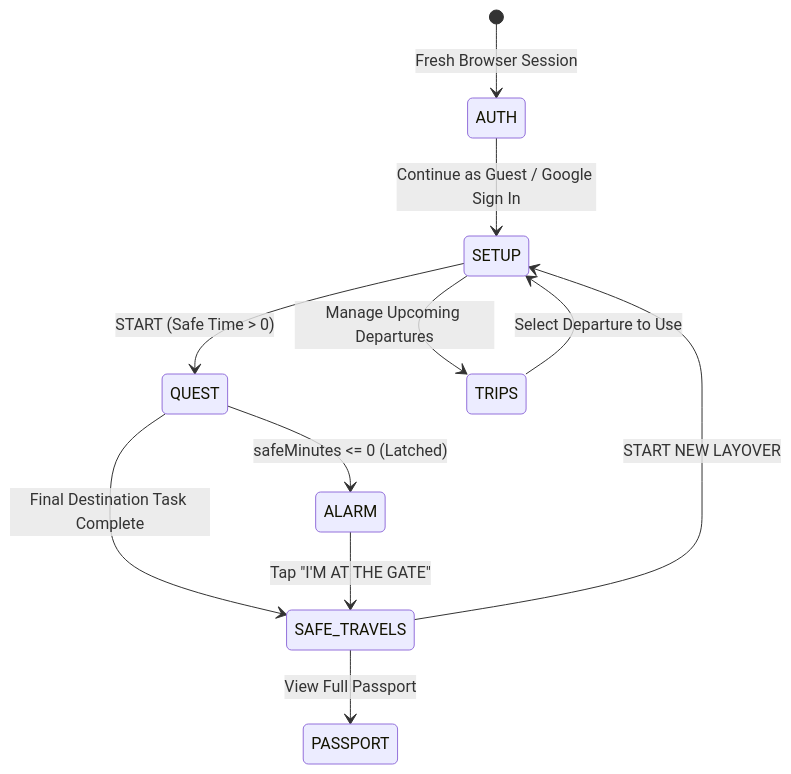
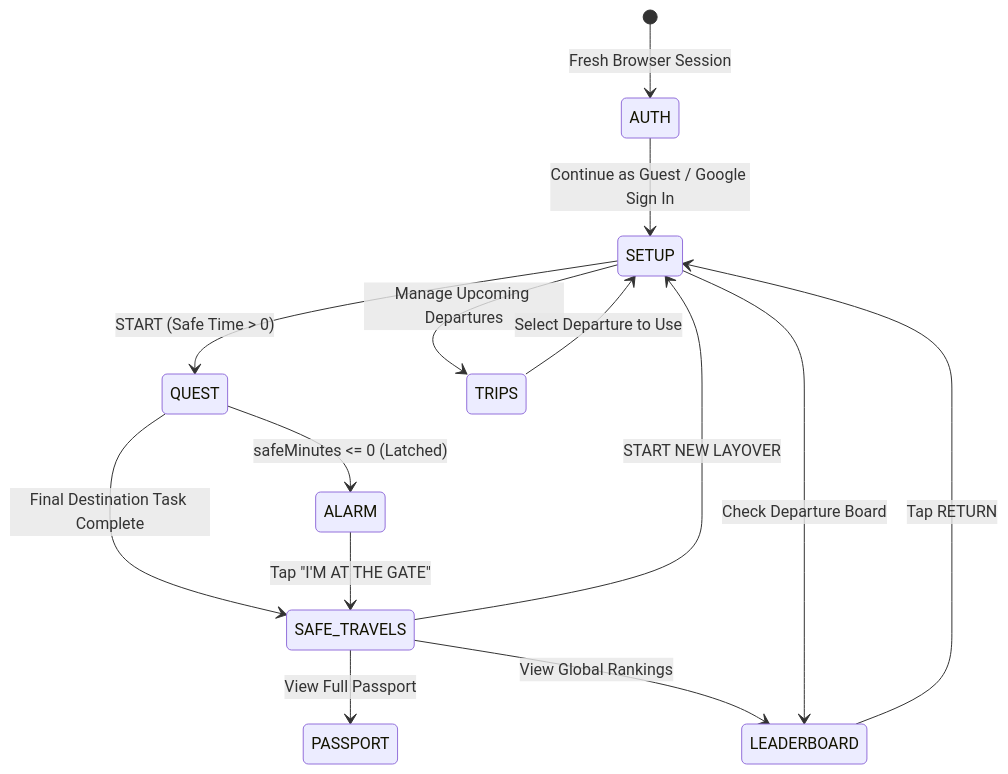
The second of 2 diagrams in docs/engineering/ARCHITECTURE.md (sidoxsinu/LayoverHackathon), drawn with Mermaid before and after one commit. The commit also changed other lines of this file and 23 other files, not shown here.

````diff
--- a/docs/engineering/ARCHITECTURE.md
+++ b/docs/engineering/ARCHITECTURE.md
@@ -50,13 +52,16 @@
 ```mermaid
 stateDiagram-v2
     [*] --> AUTH : Fresh Browser Session
     AUTH --> SETUP : Continue as Guest / Google Sign In
     SETUP --> QUEST : START (Safe Time > 0)
     QUEST --> ALARM : safeMinutes <= 0 (Latched)
     QUEST --> SAFE_TRAVELS : Final Destination Task Complete
     ALARM --> SAFE_TRAVELS : Tap "I'M AT THE GATE"
     SAFE_TRAVELS --> SETUP : START NEW LAYOVER
     SAFE_TRAVELS --> PASSPORT : View Full Passport
+    SAFE_TRAVELS --> LEADERBOARD : View Global Rankings
     SETUP --> TRIPS : Manage Upcoming Departures
+    SETUP --> LEADERBOARD : Check Departure Board
     TRIPS --> SETUP : Select Departure to Use
+    LEADERBOARD --> SETUP : Tap RETURN
 ```
````
